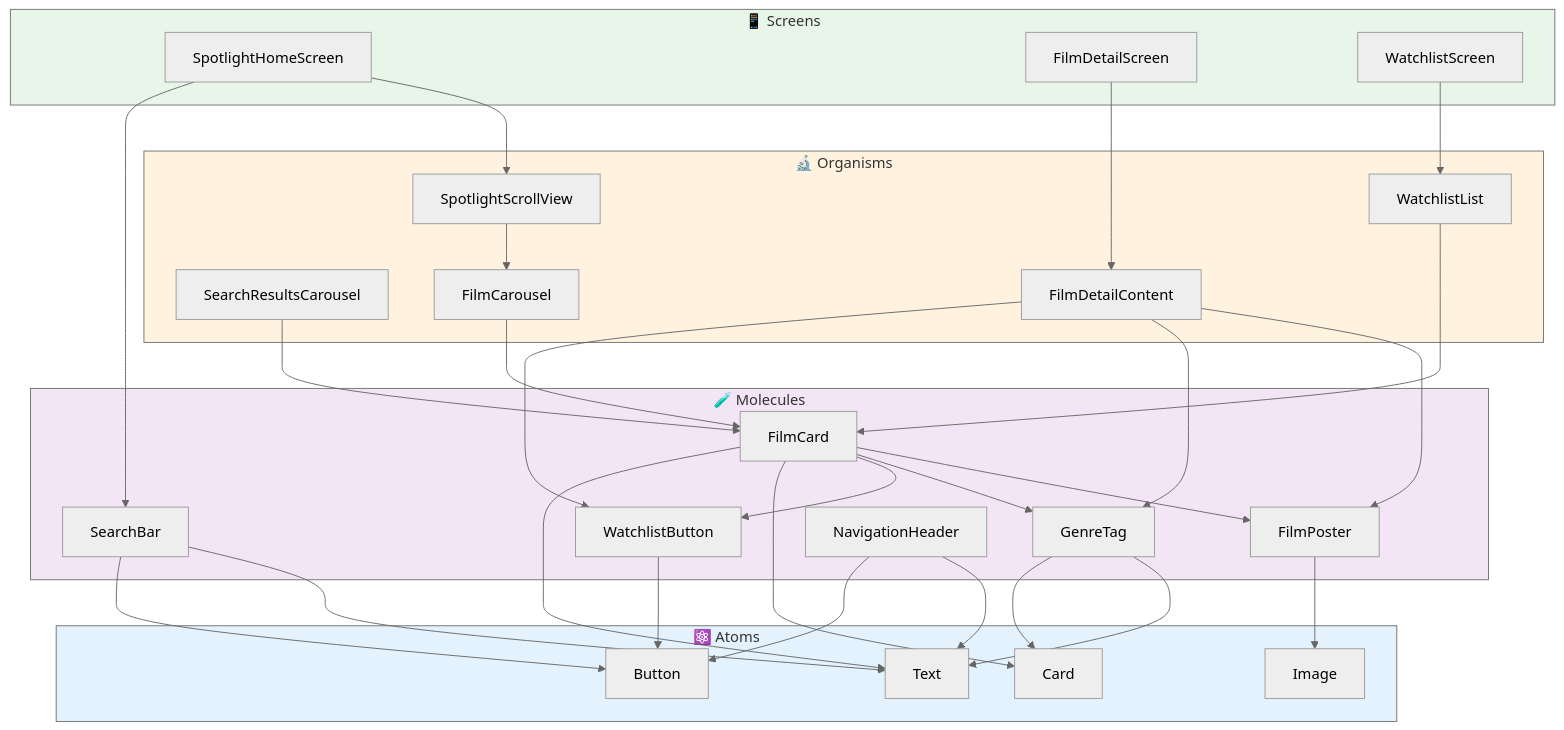
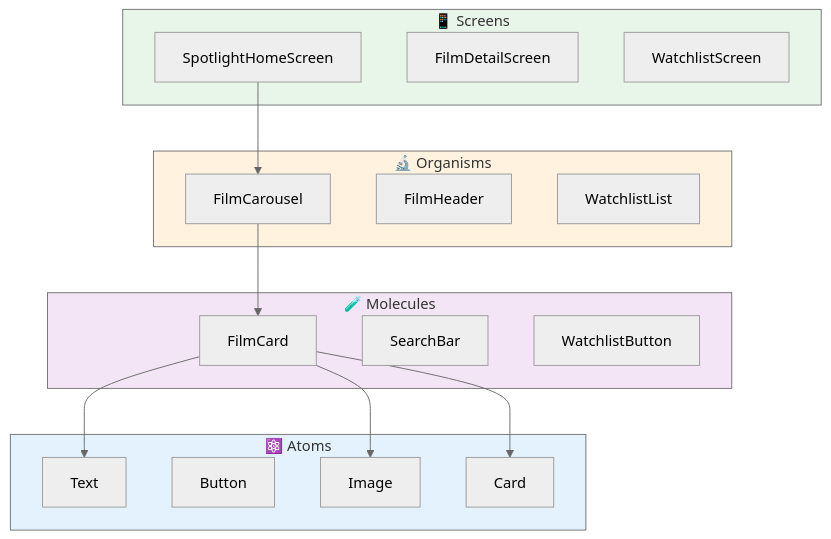
One commit to aton-of-data/PremierNight changed the second of 2 diagrams in README.md. Above: the diagram before and after it, drawn with Mermaid (neutral theme). The commit also changed other lines of this file and 1 other file, not shown here.

First line of the commit message:
docs: simplify README and reduce diagrams to essential ones

````diff
--- a/README.md
+++ b/README.md
@@ -455,65 +102,38 @@
 ```mermaid
-graph TB
-    subgraph Screens["📱 Screens"]
-        SpotlightHome["SpotlightHomeScreen"]
-        FilmDetail["FilmDetailScreen"]
-        Watchlist["WatchlistScreen"]
-    end
-    
-    subgraph Organisms["🔬 Organisms"]
-        SpotlightScroll["SpotlightScrollView"]
-        SearchResults["SearchResultsCarousel"]
-        FilmCarousel["FilmCarousel"]
-        FilmDetailContent["FilmDetailContent"]
-        WatchlistList["WatchlistList"]
-    end
-    
-    subgraph Molecules["🧪 Molecules"]
-        SearchBar["SearchBar"]
-        FilmCard["FilmCard"]
-        FilmPoster["FilmPoster"]
-        GenreTag["GenreTag"]
-        WatchlistBtn["WatchlistButton"]
-        NavHeader["NavigationHeader"]
-    end
-    
+graph TD
     subgraph Atoms["⚛️ Atoms"]
         Text["Text"]
         Button["Button"]
         Image["Image"]
         Card["Card"]
     end
     
-    SpotlightHome --> SpotlightScroll
-    SpotlightHome --> SearchBar
-    SpotlightScroll --> FilmCarousel
+    subgraph Molecules["🧪 Molecules"]
+        FilmCard["FilmCard"]
+        SearchBar["SearchBar"]
+        WatchlistBtn["WatchlistButton"]
+    end
+    
+    subgraph Organisms["🔬 Organisms"]
+        FilmCarousel["FilmCarousel"]
+        FilmHeader["FilmHeader"]
+        WatchlistList["WatchlistList"]
+    end
+    
+    subgraph Screens["📱 Screens"]
+        SpotlightHome["SpotlightHomeScreen"]
+        FilmDetail["FilmDetailScreen"]
+        Watchlist["WatchlistScreen"]
+    end
+    
+    FilmCard --> Text
+    FilmCard --> Image
+    FilmCard --> Card
     FilmCarousel --> FilmCard
-    SearchResults --> FilmCard
-    FilmCard --> FilmPoster
-    FilmCard --> GenreTag
-    FilmCard --> WatchlistBtn
+    SpotlightHome --> FilmCarousel
     
-    FilmDetail --> FilmDetailContent
-    FilmDetailContent --> FilmPoster
-    FilmDetailContent --> GenreTag
-    FilmDetailContent --> WatchlistBtn
-    
-    Watchlist --> WatchlistList
-    WatchlistList --> FilmCard
-    
-    FilmCard --> Card
-    FilmCard --> Text
-    FilmPoster --> Image
-    GenreTag --> Text
-    GenreTag --> Card
-    WatchlistBtn --> Button
-    SearchBar --> Text
-    SearchBar --> Button
-    NavHeader --> Text
-    NavHeader --> Button
-    
+    style Atoms fill:#e3f2fd
+    style Molecules fill:#f3e5f5
+    style Organisms fill:#fff3e0
     style Screens fill:#e8f5e9
-    style Organisms fill:#fff3e0
-    style Molecules fill:#f3e5f5
-    style Atoms fill:#e3f2fd
 ```
````
